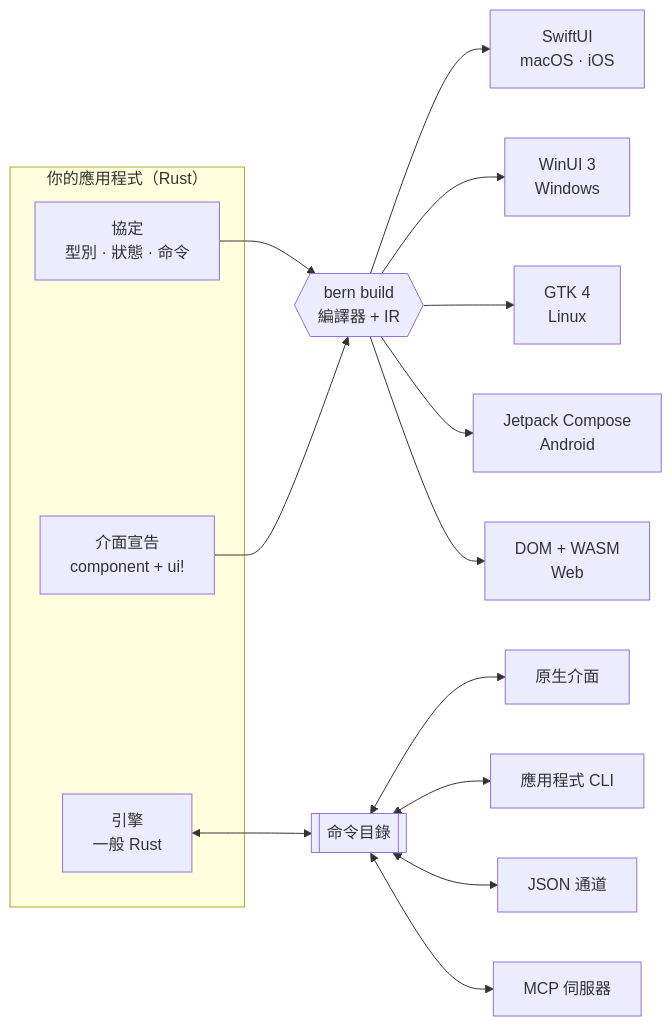
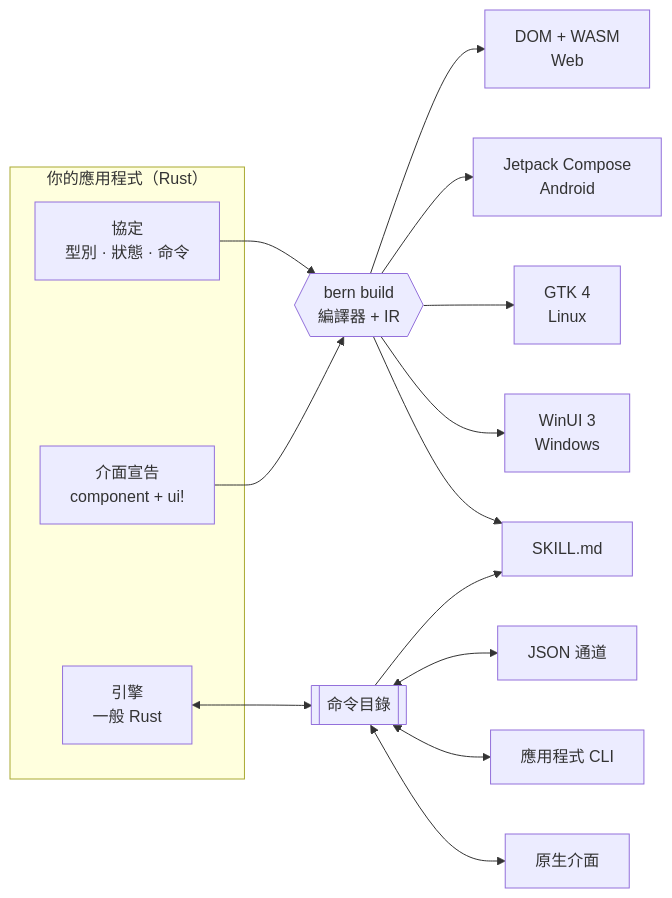
The diagram in README.zh-Hant.md (AimesSoft/Bern), drawn with Mermaid before and after one commit. The commit also changed other lines of this file and 139 other files, not shown here.

First line of the commit message:
移除内置 MCP 服务，保留应用 CLI 与自动生成的 Skill (#118)

````diff
--- a/README.zh-Hant.md
+++ b/README.zh-Hant.md
@@ -192,20 +192,20 @@
 ```mermaid
 flowchart LR
     subgraph app["你的應用程式（Rust）"]
         P["協定<br/>型別 · 狀態 · 命令"]
         U["介面宣告<br/>component + ui!"]
         E["引擎<br/>一般 Rust"]
     end
     P --> C{{"bern build<br/>編譯器 + IR"}}
     U --> C
     C --> S["SwiftUI<br/>macOS · iOS"]
     C --> W["WinUI 3<br/>Windows"]
     C --> G["GTK 4<br/>Linux"]
     C --> A["Jetpack Compose<br/>Android"]
     C --> B["DOM + WASM<br/>Web"]
     E <--> K[["命令目錄"]]
     K <--> N["原生介面"]
     K <--> L["應用程式 CLI"]
     K <--> J["JSON 通道"]
-    K <--> M["MCP 伺服器"]
+    K --> S["SKILL.md"]
 ```
````
